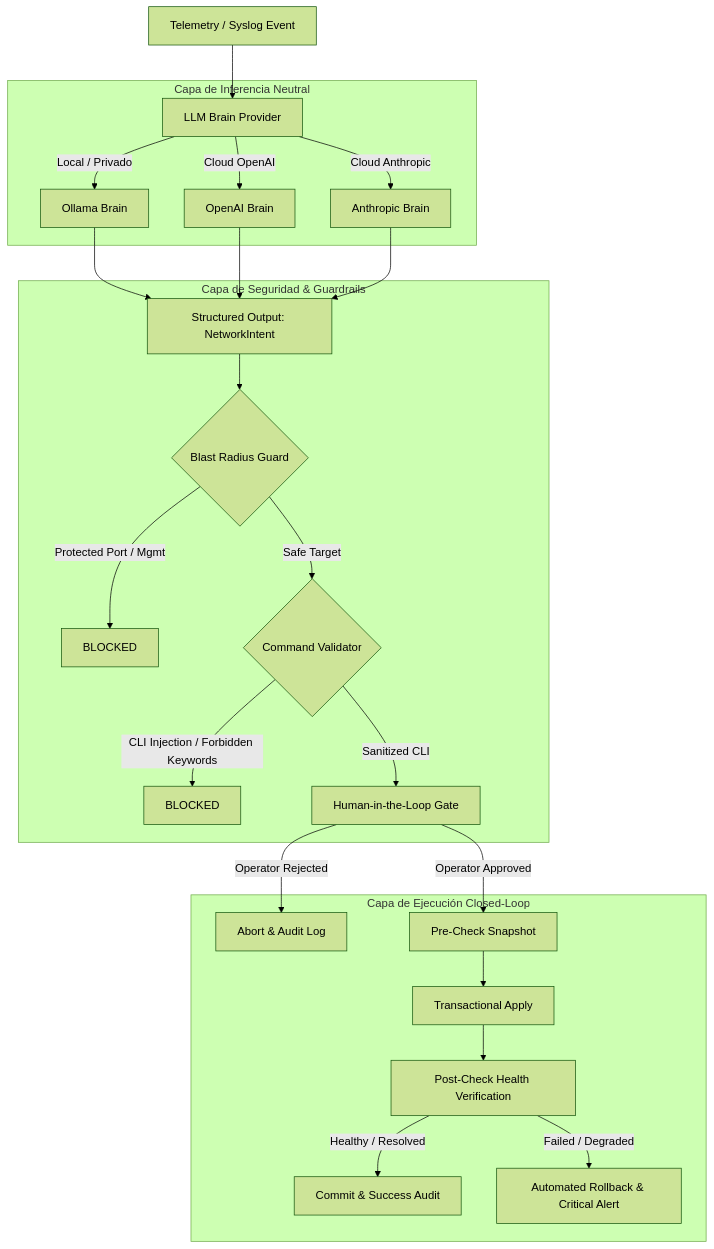
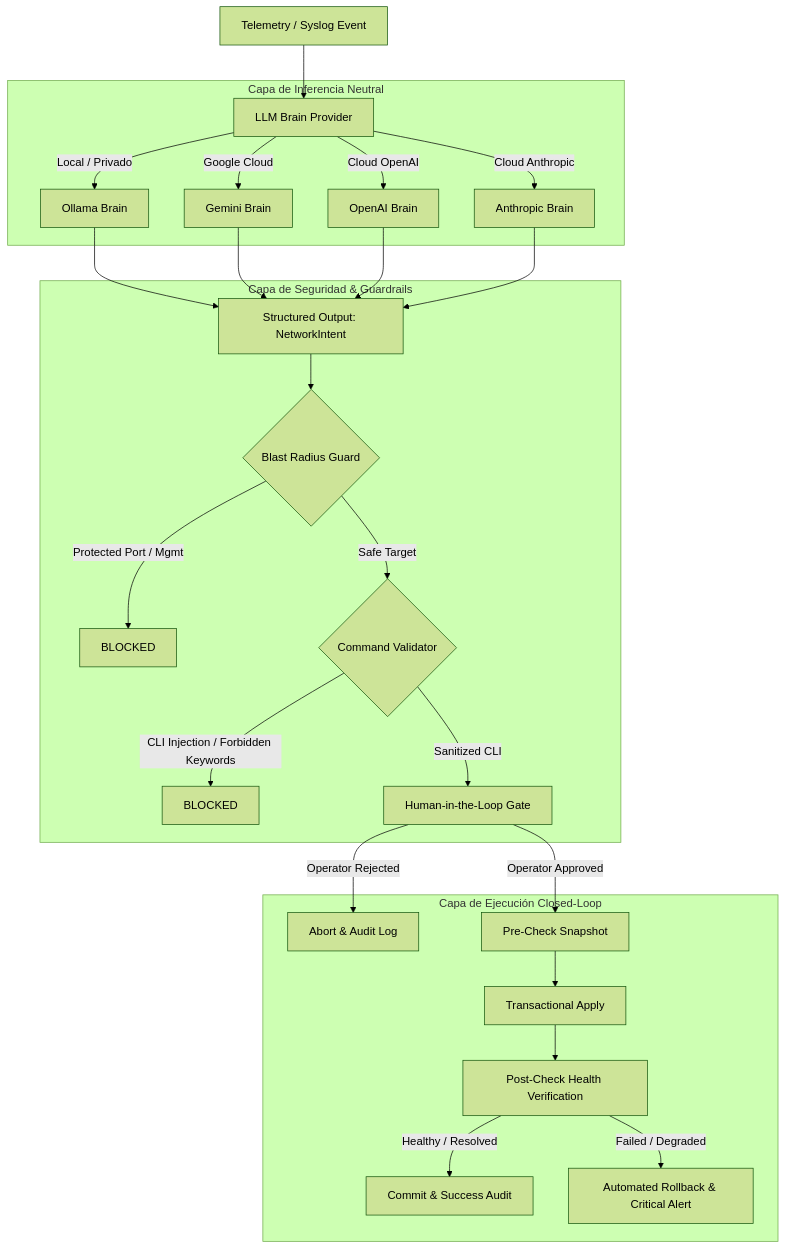
Before and after one commit to GuifMur98/networkingAgent: the diagram in README.md, drawn with Mermaid (forest theme). The commit also changed other lines of this file and 14 other files, not shown here.

Commit message:
feat: add MikroTik RouterOS driver and Google Gemini AI Brain provider

````diff
--- a/README.md
+++ b/README.md
@@ -17,29 +17,31 @@
 ```mermaid
 flowchart TD
     A[Telemetry / Syslog Event] --> B[LLM Brain Provider]
     subgraph Brains [Capa de Inferencia Neutral]
         B -->|Local / Privado| B1[Ollama Brain]
-        B -->|Cloud OpenAI| B2[OpenAI Brain]
-        B -->|Cloud Anthropic| B3[Anthropic Brain]
+        B -->|Google Cloud| B2[Gemini Brain]
+        B -->|Cloud OpenAI| B3[OpenAI Brain]
+        B -->|Cloud Anthropic| B4[Anthropic Brain]
     end
     B1 --> C[Structured Output: NetworkIntent]
     B2 --> C
     B3 --> C
+    B4 --> C
     
     subgraph Security [Capa de Seguridad & Guardrails]
         C --> D{Blast Radius Guard}
         D -->|Protected Port / Mgmt| D1[BLOCKED]
         D -->|Safe Target| E{Command Validator}
         E -->|CLI Injection / Forbidden Keywords| E1[BLOCKED]
         E -->|Sanitized CLI| F[Human-in-the-Loop Gate]
     end
 
     subgraph ClosedLoop [Capa de Ejecución Closed-Loop]
         F -->|Operator Rejected| G1[Abort & Audit Log]
         F -->|Operator Approved| G2[Pre-Check Snapshot]
         G2 --> H[Transactional Apply]
         H --> I[Post-Check Health Verification]
         I -->|Healthy / Resolved| J[Commit & Success Audit]
         I -->|Failed / Degraded| K[Automated Rollback & Critical Alert]
     end
 ```
````
